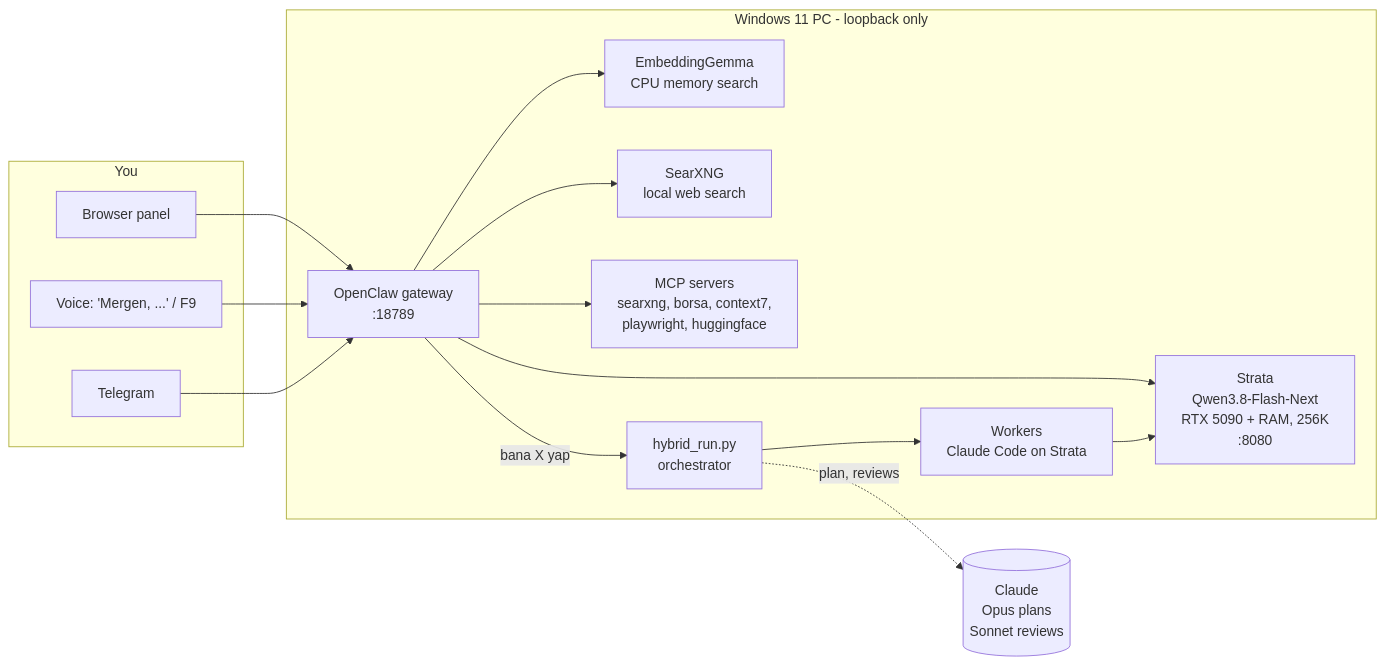
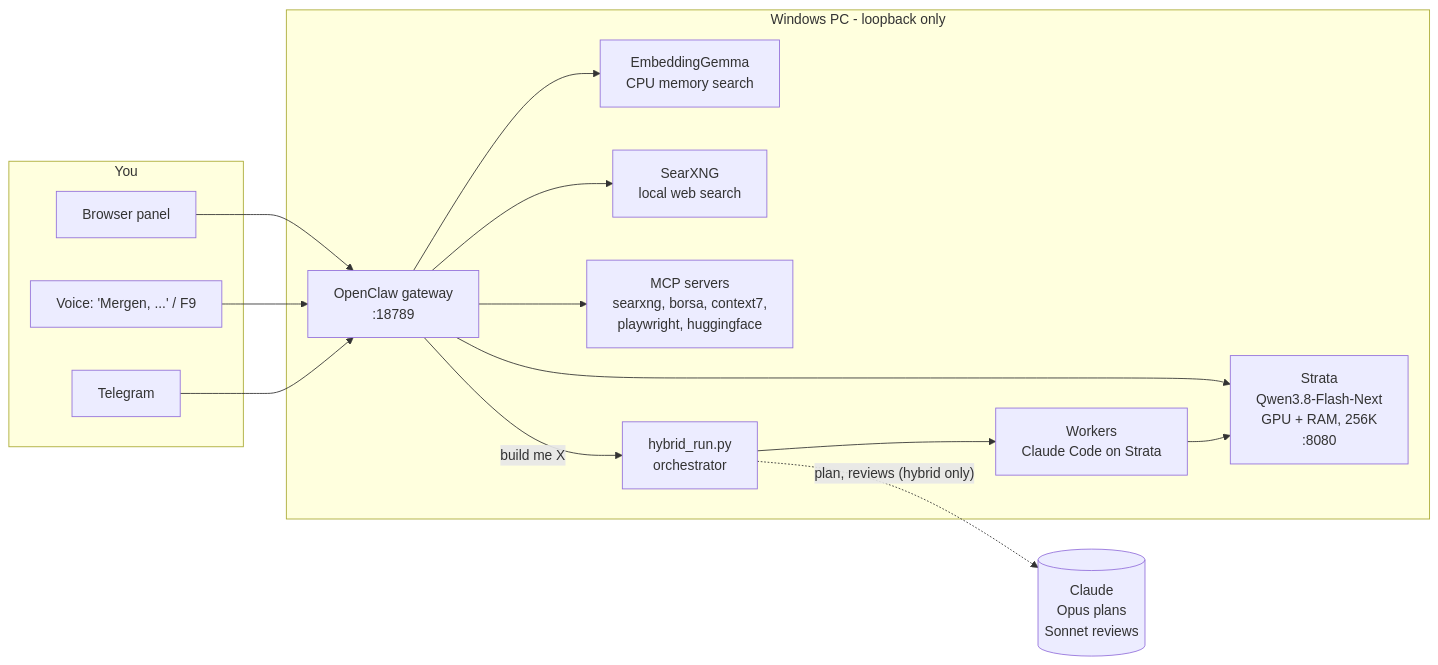
One commit to mahmuterenakkaymak/mergen changed the first of 2 diagrams in README.md. Above: the diagram before and after it, drawn with Mermaid. The commit also changed other lines of this file and 1 other file, not shown here.

````diff
--- a/README.md
+++ b/README.md
@@ -51,23 +117,23 @@
 ```mermaid
 flowchart LR
     subgraph you[You]
         B[Browser panel]
         V["Voice: 'Mergen, ...' / F9"]
         T[Telegram]
     end
-    subgraph pc[Windows 11 PC - loopback only]
+    subgraph pc[Windows PC - loopback only]
         G[OpenClaw gateway<br/>:18789]
-        S[Strata<br/>Qwen3.8-Flash-Next<br/>RTX 5090 + RAM, 256K<br/>:8080]
+        S[Strata<br/>Qwen3.8-Flash-Next<br/>GPU + RAM, 256K<br/>:8080]
         E[EmbeddingGemma<br/>CPU memory search]
         X[SearXNG<br/>local web search]
         M[MCP servers<br/>searxng, borsa, context7,<br/>playwright, huggingface]
         H[hybrid_run.py<br/>orchestrator]
         W[Workers<br/>Claude Code on Strata]
     end
     C[(Claude<br/>Opus plans<br/>Sonnet reviews)]
     B & V & T --> G
     G --> S & E & X & M
-    G -->|"bana X yap"| H
+    G -->|"build me X"| H
     H --> W --> S
-    H -.->|plan, reviews| C
+    H -.->|"plan, reviews (hybrid only)"| C
 ```
````
